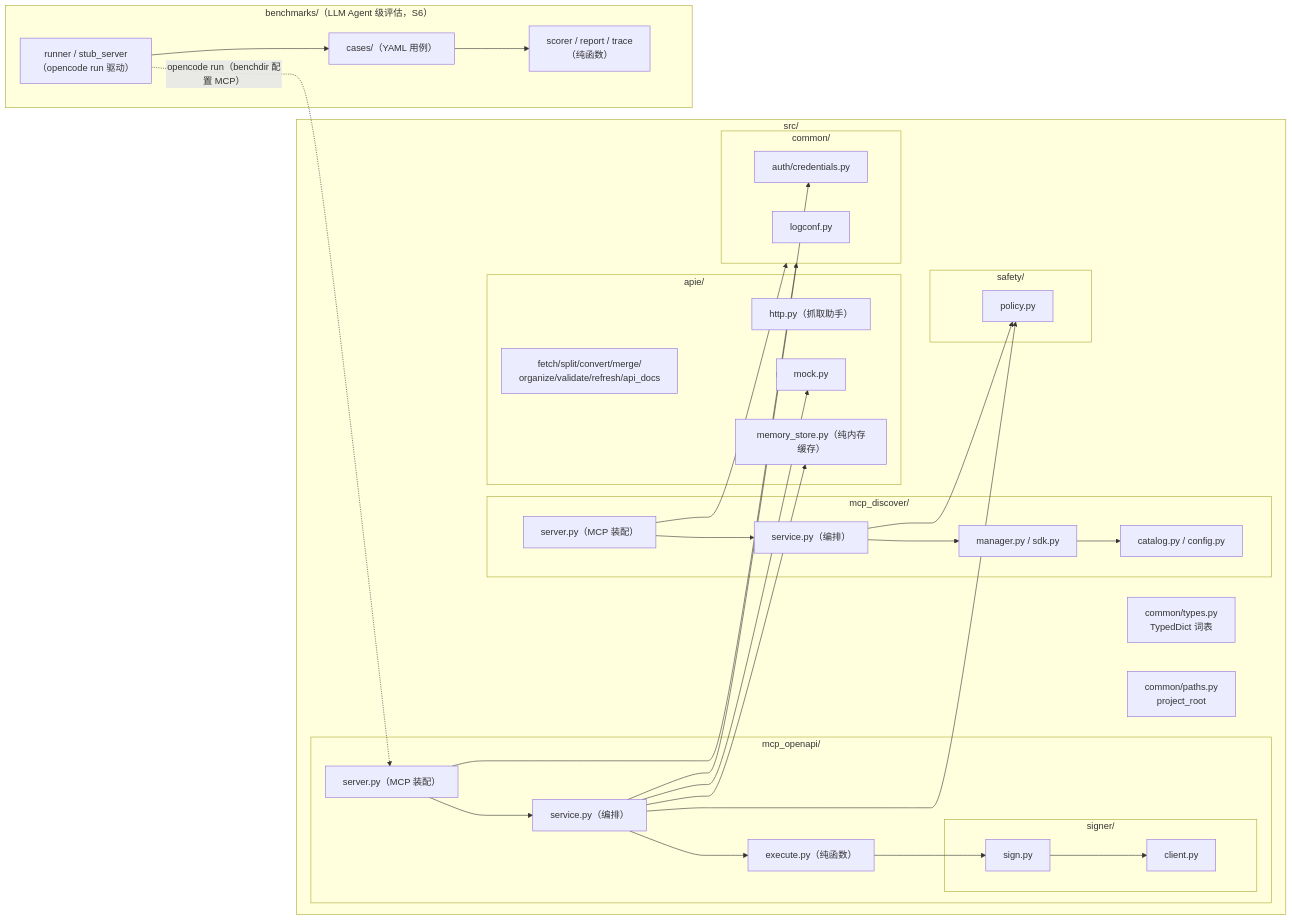
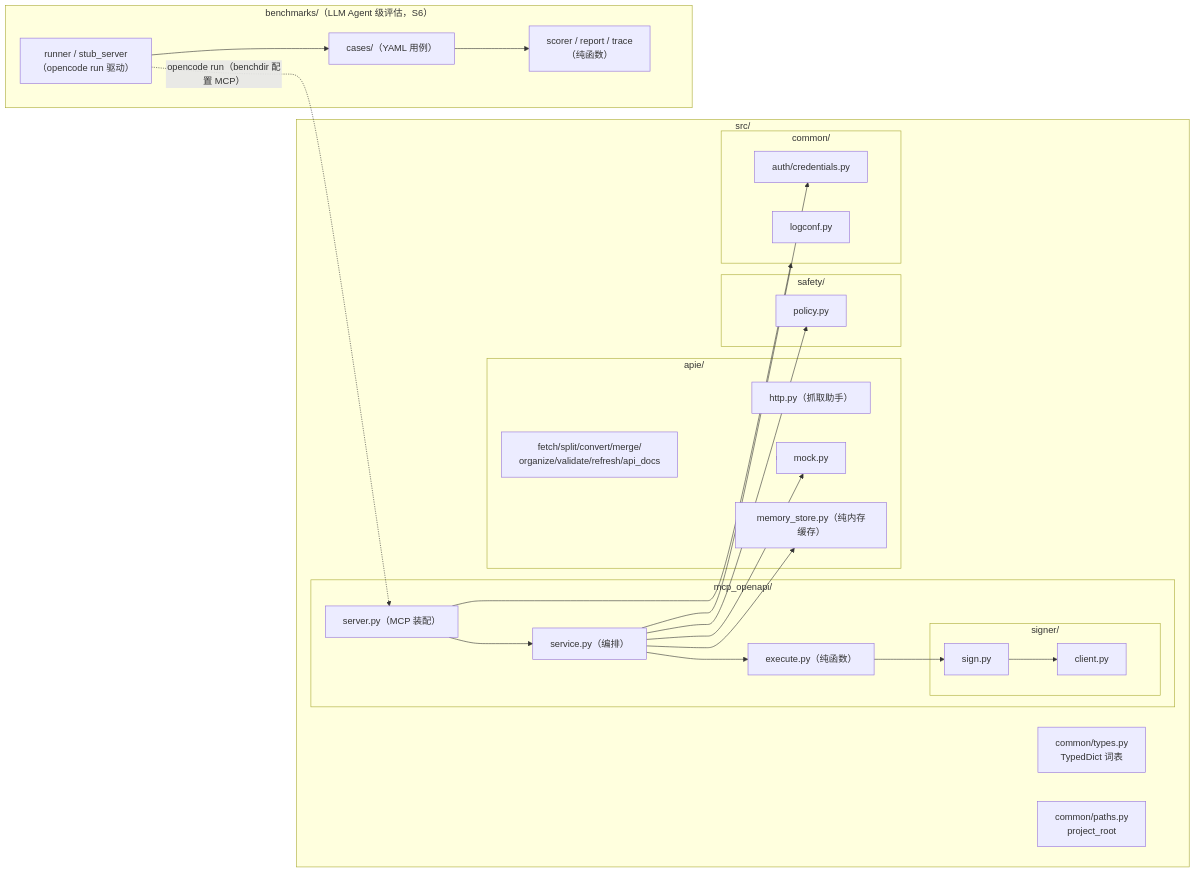
One commit to huaweicloud-mate/huaweicloud-open-mcp changed the second of 3 diagrams in docs/architecture.md. Above: the diagram before and after it, drawn with Mermaid. The commit also changed other lines of this file and 8 other files, not shown here.

````diff
--- a/docs/architecture.md
+++ b/docs/architecture.md
@@ -69,55 +69,46 @@
 ```mermaid
 graph LR
     subgraph src["src/"]
         T["common/types.py<br/>TypedDict 词表"]
         P["common/paths.py<br/>project_root"]
         subgraph MPO["mcp_openapi/"]
             SRV["server.py（MCP 装配）"]
             EX["execute.py（纯函数）"]
             SV["service.py（编排）"]
             subgraph SG["signer/"]
                 SN["sign.py"]
                 CL["client.py"]
             end
-        end
-        subgraph MPD["mcp_discover/"]
-            DS["server.py（MCP 装配）"]
-            DE["service.py（编排）"]
-            DG["catalog.py / config.py"]
-            DL["manager.py / sdk.py"]
         end
         subgraph AP["apie/"]
             PIPE["fetch/split/convert/merge/<br/>organize/validate/refresh/api_docs"]
             H["http.py（抓取助手）"]
             MK["mock.py"]
             MS["memory_store.py（纯内存缓存）"]
         end
         subgraph ST["safety/"]
             SF["policy.py"]
         end
         subgraph CM["common/"]
             AU["auth/credentials.py"]
             LG["logconf.py"]
         end
     end
     subgraph BNM["benchmarks/（LLM Agent 级评估，S6）"]
         BC["cases/（YAML 用例）"]
         BSC["scorer / report / trace<br/>（纯函数）"]
         BR["runner / stub_server<br/>（opencode run 驱动）"]
     end
 
     SRV --> SV --> EX --> SN --> CL
     SV --> SF
     SV --> AU
     SV --> MS
     SRV --> CM
-    DS --> DE --> DL --> DG
-    DE --> SF
-    DS --> CM
     AP --> H
     AP --> MK
     AP --> MS
     SV --> MK
     BR -.opencode run（benchdir 配置 MCP）.-> SRV
     BR --> BC --> BSC
 ```
````
